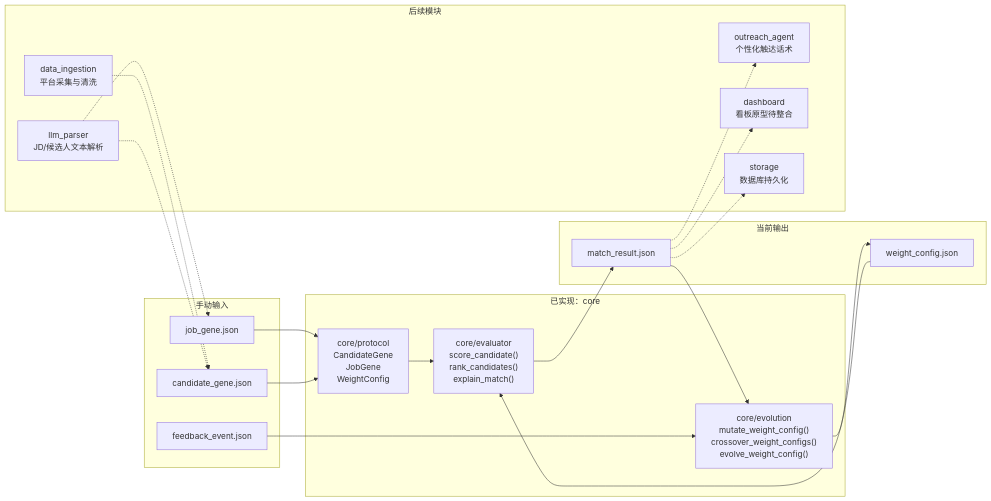
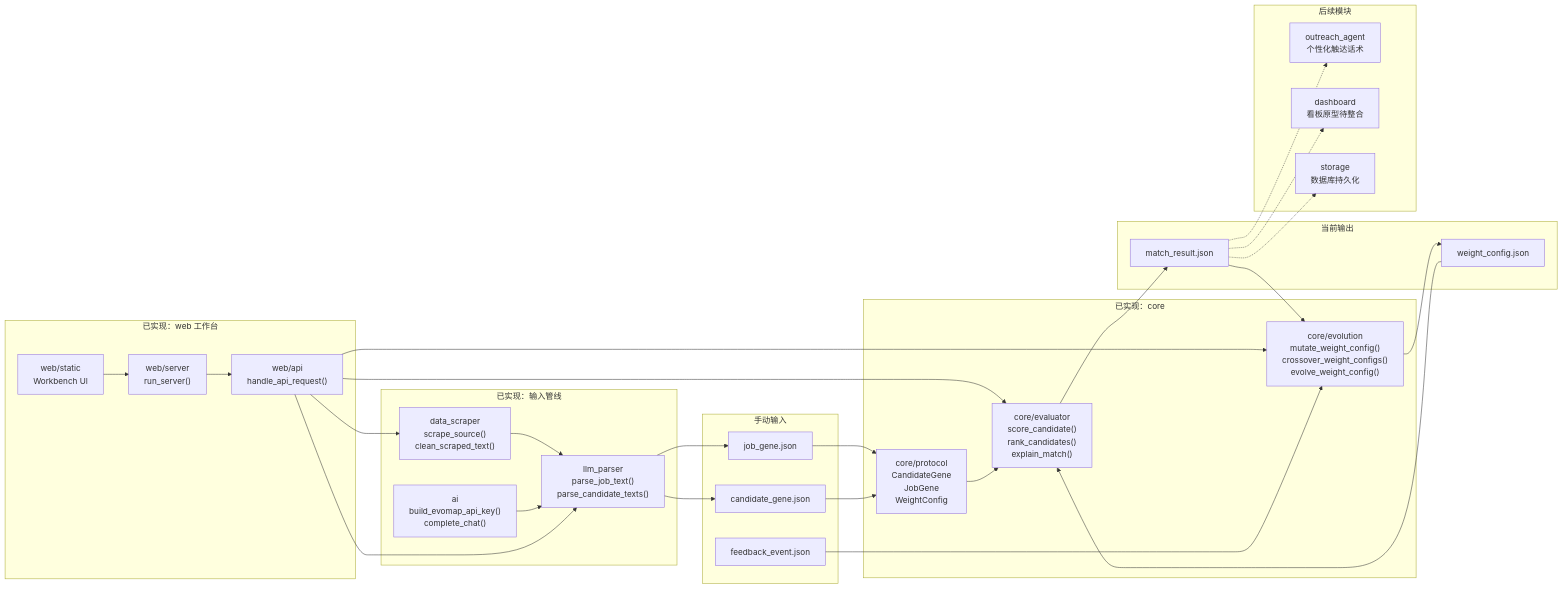
The diagram in README.md (hongkaiwu-sketch/evohunter), drawn with Mermaid before and after one commit. The commit also changed other lines of this file and 23 other files, not shown here.

````diff
--- a/README.md
+++ b/README.md
@@ -53,43 +58,60 @@
 ```mermaid
 flowchart LR
   subgraph manual_input["手动输入"]
     job_gene["job_gene.json"]
     candidate_gene["candidate_gene.json"]
     feedback_event["feedback_event.json"]
+  end
+
+  subgraph input_pipeline["已实现：输入管线"]
+    data_scraper["data_scraper<br/>scrape_source()<br/>clean_scraped_text()"]
+    ai_client["ai<br/>build_evomap_api_key()<br/>complete_chat()"]
+    llm_parser["llm_parser<br/>parse_job_text()<br/>parse_candidate_texts()"]
+  end
+
+  subgraph web_workbench["已实现：web 工作台"]
+    browser_ui["web/static<br/>Workbench UI"]
+    web_server["web/server<br/>run_server()"]
+    web_api["web/api<br/>handle_api_request()"]
   end
 
   subgraph core_scope["已实现：core"]
     protocol["core/protocol<br/>CandidateGene<br/>JobGene<br/>WeightConfig"]
     evaluator["core/evaluator<br/>score_candidate()<br/>rank_candidates()<br/>explain_match()"]
     evolution["core/evolution<br/>mutate_weight_config()<br/>crossover_weight_configs()<br/>evolve_weight_config()"]
   end
 
   subgraph output_contracts["当前输出"]
     match_result["match_result.json"]
     weight_config["weight_config.json"]
   end
 
   subgraph future_modules["后续模块"]
-    data_ingestion["data_ingestion<br/>平台采集与清洗"]
-    llm_parser["llm_parser<br/>JD/候选人文本解析"]
     outreach_agent["outreach_agent<br/>个性化触达话术"]
     dashboard["dashboard<br/>看板原型待整合"]
     storage["storage<br/>数据库持久化"]
   end
 
+  data_scraper --> llm_parser
+  ai_client --> llm_parser
+  browser_ui --> web_server
+  web_server --> web_api
+  web_api --> data_scraper
+  web_api --> llm_parser
+  web_api --> evaluator
+  web_api --> evolution
+  llm_parser --> job_gene
+  llm_parser --> candidate_gene
   job_gene --> protocol
   candidate_gene --> protocol
   protocol --> evaluator
   evaluator --> match_result
   feedback_event --> evolution
   match_result --> evolution
   evolution --> weight_config
   weight_config --> evaluator
 
-  data_ingestion -.-> candidate_gene
-  llm_parser -.-> job_gene
-  llm_parser -.-> candidate_gene
   match_result -.-> outreach_agent
   match_result -.-> dashboard
   match_result -.-> storage
 ```
````
